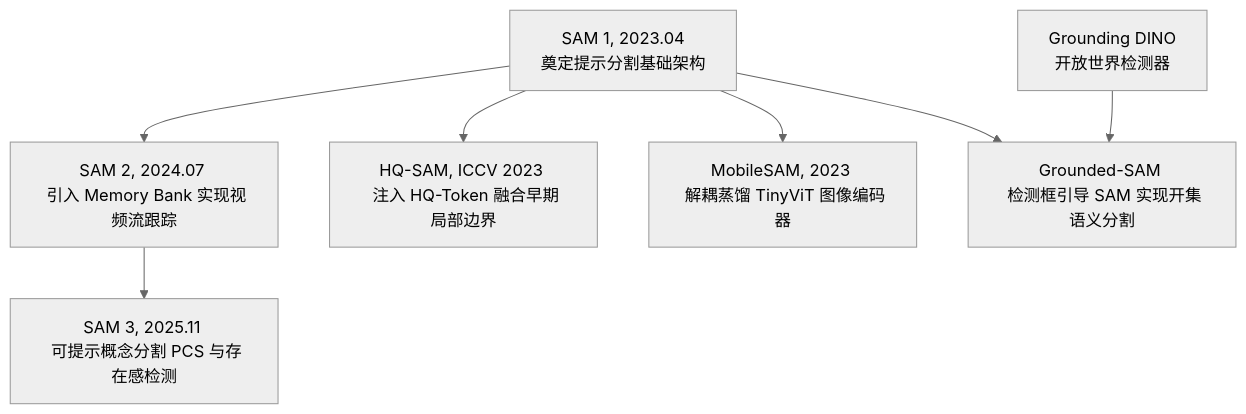
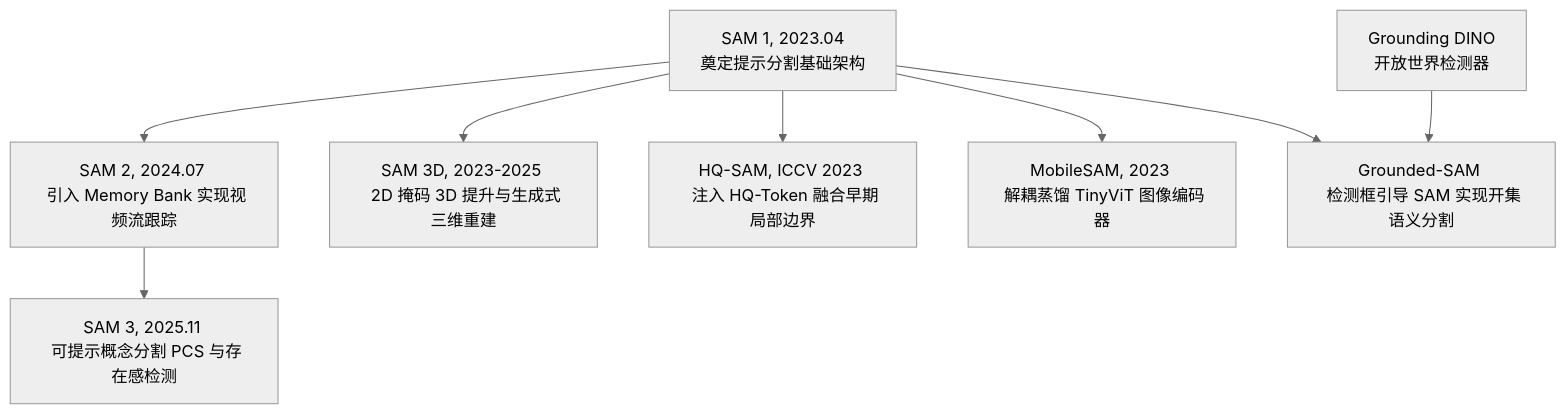
One commit to zzy1130/Vision-Foundation-Model changed the diagram in SAM/README.md. Above: the diagram before and after it, drawn with Mermaid (neutral theme). The commit also changed other lines of this file and 11 other files, not shown here.

````diff
--- a/SAM/README.md
+++ b/SAM/README.md
@@ -11,11 +11,12 @@
 ```mermaid
 graph TD
     SAM1[SAM 1, 2023.04 <br> 奠定提示分割基础架构] --> SAM2[SAM 2, 2024.07 <br> 引入 Memory Bank 实现视频流跟踪]
     SAM2 --> SAM3[SAM 3, 2025.11 <br> 可提示概念分割 PCS 与存在感检测]
     
+    SAM1 --> SAM3D[SAM 3D, 2023-2025 <br> 2D 掩码 3D 提升与生成式三维重建]
     SAM1 --> HQSAM[HQ-SAM, ICCV 2023 <br> 注入 HQ-Token 融合早期局部边界]
     SAM1 --> MobileSAM[MobileSAM, 2023 <br> 解耦蒸馏 TinyViT 图像编码器]
     
     GD[Grounding DINO <br> 开放世界检测器] --> GroundedSAM[Grounded-SAM <br> 检测框引导 SAM 实现开集语义分割]
     SAM1 --> GroundedSAM
 ```
````
